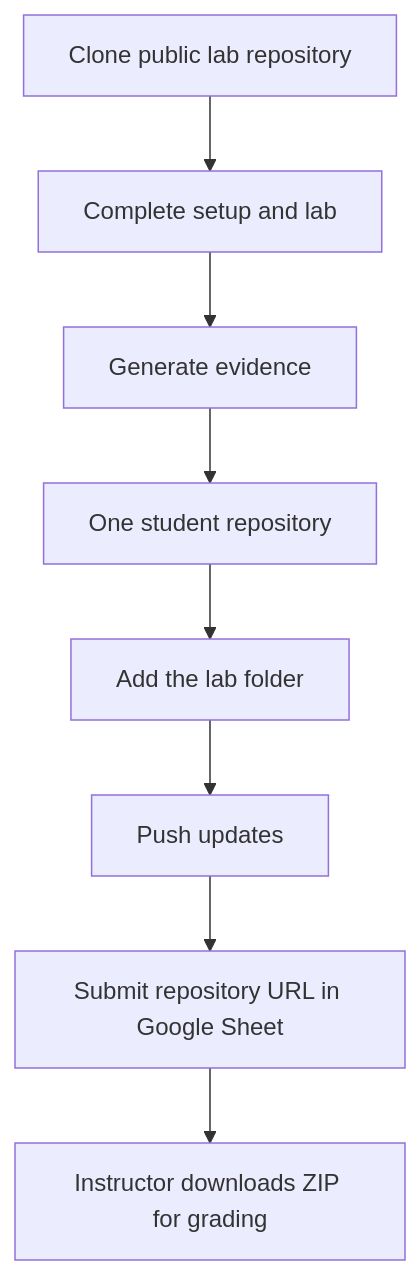
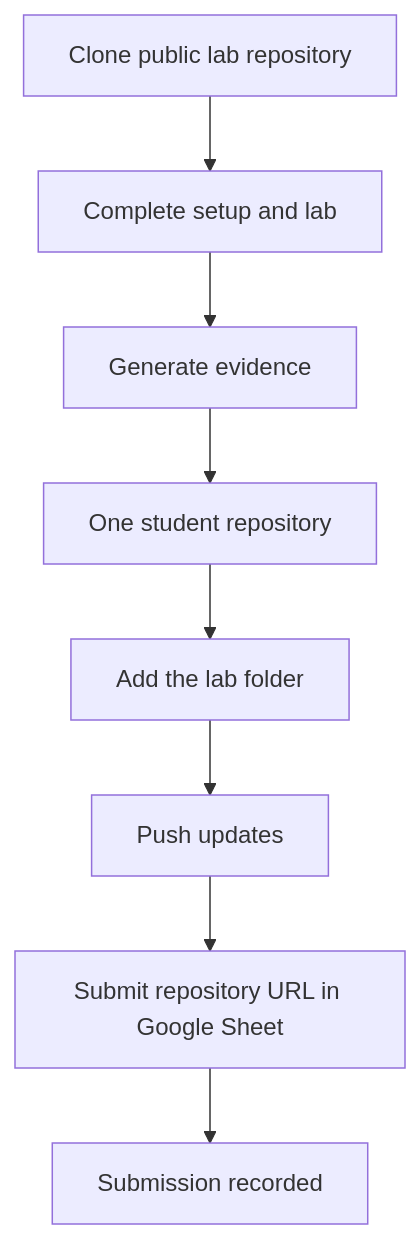
One commit to nhan-four/FIT4110_Student_Kit changed the second of 2 diagrams in README.md. Above: the diagram before and after it, drawn with Mermaid. The commit also changed other lines of this file and 4 other files, not shown here.

Commit message:
docs: remove internal ZIP grading details

````diff
--- a/README.md
+++ b/README.md
@@ -38,10 +38,10 @@
 ```mermaid
 flowchart TD
   A[Clone public lab repository] --> B[Complete setup and lab]
   B --> C[Generate evidence]
   C --> D[One student repository]
   D --> E[Add the lab folder]
   E --> F[Push updates]
   F --> G[Submit repository URL in Google Sheet]
-  G --> H[Instructor downloads ZIP for grading]
+  G --> H[Submission recorded]
 ```
````
